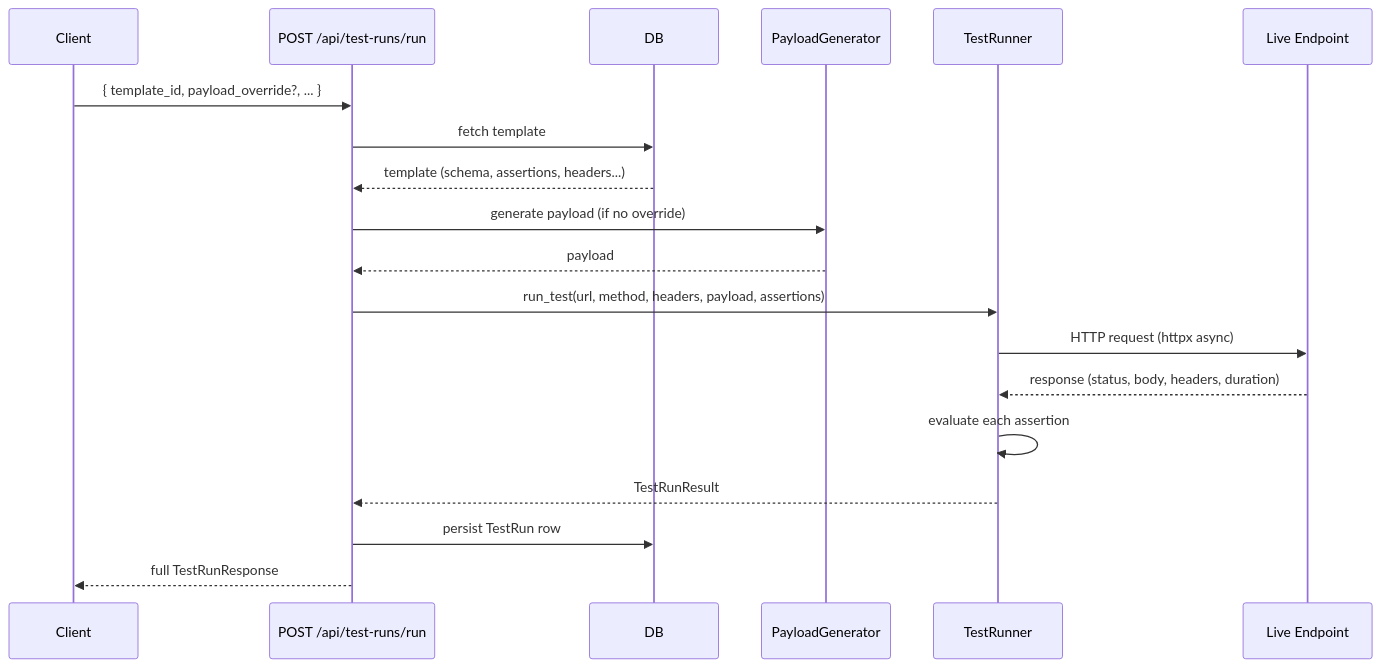
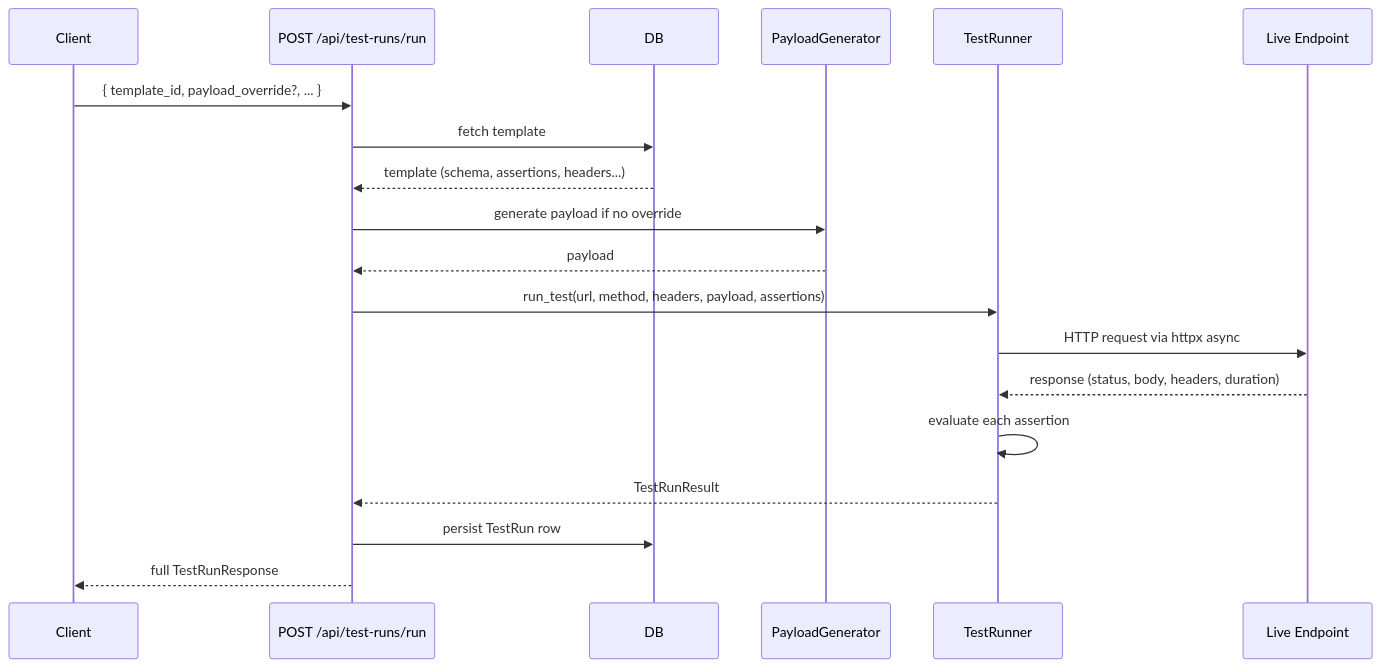
Before and after one commit to Sam-v-b/restforge: the fifth of 6 diagrams in README.md, drawn with Mermaid. The commit also changed other lines of this file, not shown here.

````diff
--- a/README.md
+++ b/README.md
@@ -333,22 +333,22 @@
 ```mermaid
 sequenceDiagram
     participant Client
     participant API as POST /api/test-runs/run
     participant DB
     participant PG as PayloadGenerator
     participant TR as TestRunner
     participant Live as Live Endpoint
 
     Client->>API: { template_id, payload_override?, ... }
     API->>DB: fetch template
     DB-->>API: template (schema, assertions, headers...)
-    API->>PG: generate payload (if no override)
+    API->>PG: generate payload if no override
     PG-->>API: payload
     API->>TR: run_test(url, method, headers, payload, assertions)
-    TR->>Live: HTTP request (httpx async)
+    TR->>Live: HTTP request via httpx async
     Live-->>TR: response (status, body, headers, duration)
     TR->>TR: evaluate each assertion
     TR-->>API: TestRunResult
     API->>DB: persist TestRun row
     API-->>Client: full TestRunResponse
 ```
````
